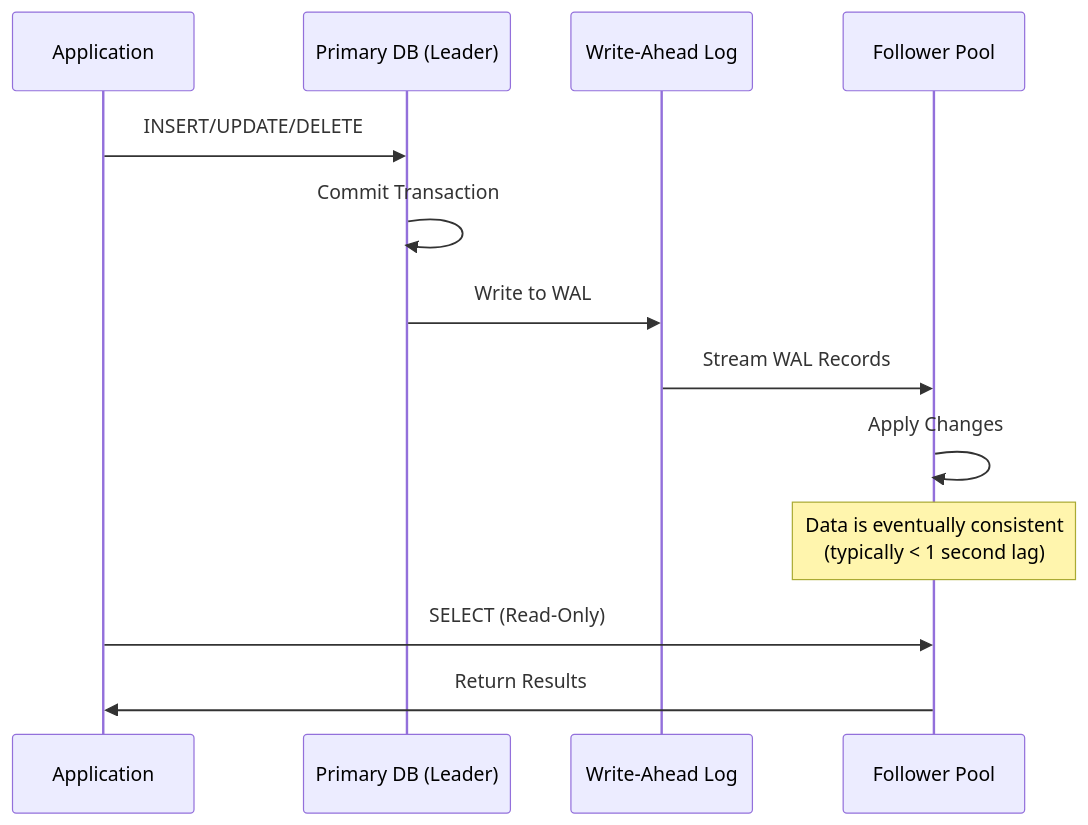
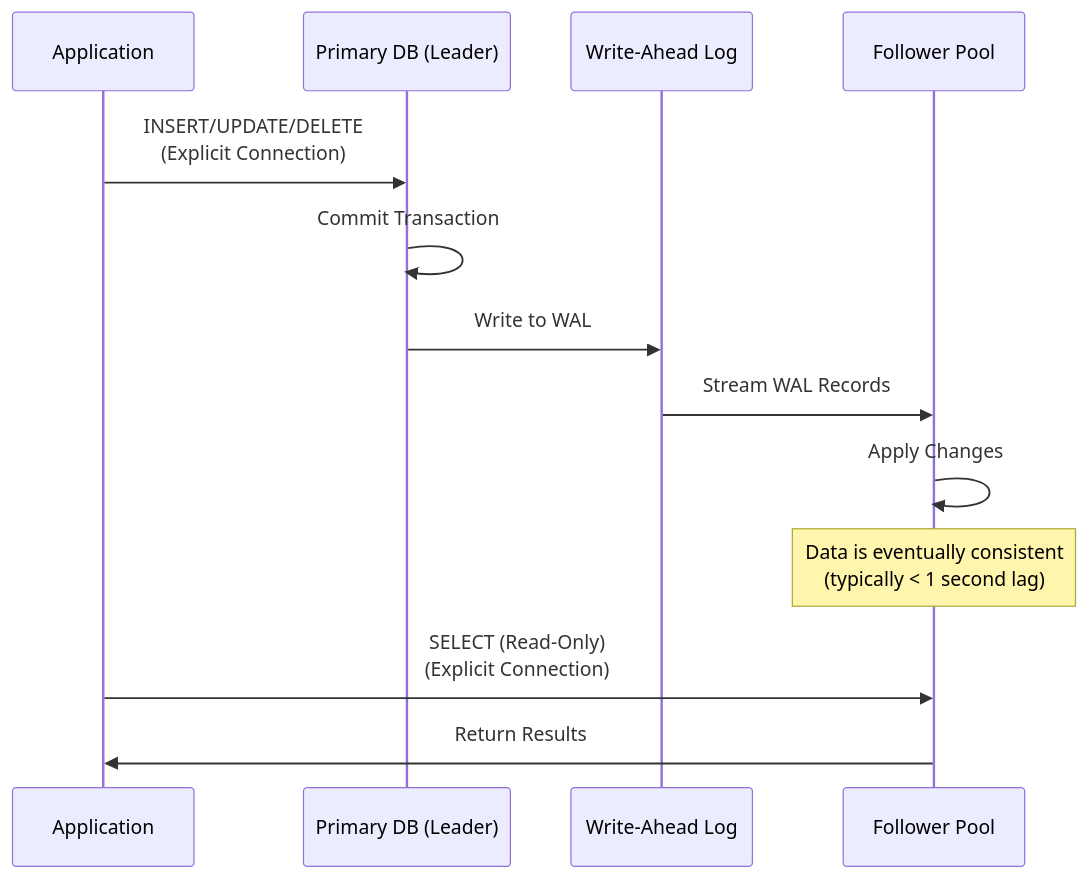
The seventh of 18 diagrams in ARCHITECTURE.md (heroku-examples/saas-go-app), drawn with Mermaid before and after one commit. The commit also changed other lines of this file, not shown here.

````diff
--- a/ARCHITECTURE.md
+++ b/ARCHITECTURE.md
@@ -292,17 +359,17 @@
 ```mermaid
 sequenceDiagram
     participant App as Application
-    participant Primary as Primary DB (Leader)
+    participant Leader as Primary DB (Leader)
     participant WAL as Write-Ahead Log
     participant Follower as Follower Pool
     
-    App->>Primary: INSERT/UPDATE/DELETE
-    Primary->>Primary: Commit Transaction
-    Primary->>WAL: Write to WAL
+    App->>Leader: INSERT/UPDATE/DELETE<br/>(Explicit Connection)
+    Leader->>Leader: Commit Transaction
+    Leader->>WAL: Write to WAL
     WAL->>Follower: Stream WAL Records
     Follower->>Follower: Apply Changes
     Note over Follower: Data is eventually consistent<br/>(typically < 1 second lag)
     
-    App->>Follower: SELECT (Read-Only)
+    App->>Follower: SELECT (Read-Only)<br/>(Explicit Connection)
     Follower->>App: Return Results
 ```
````
